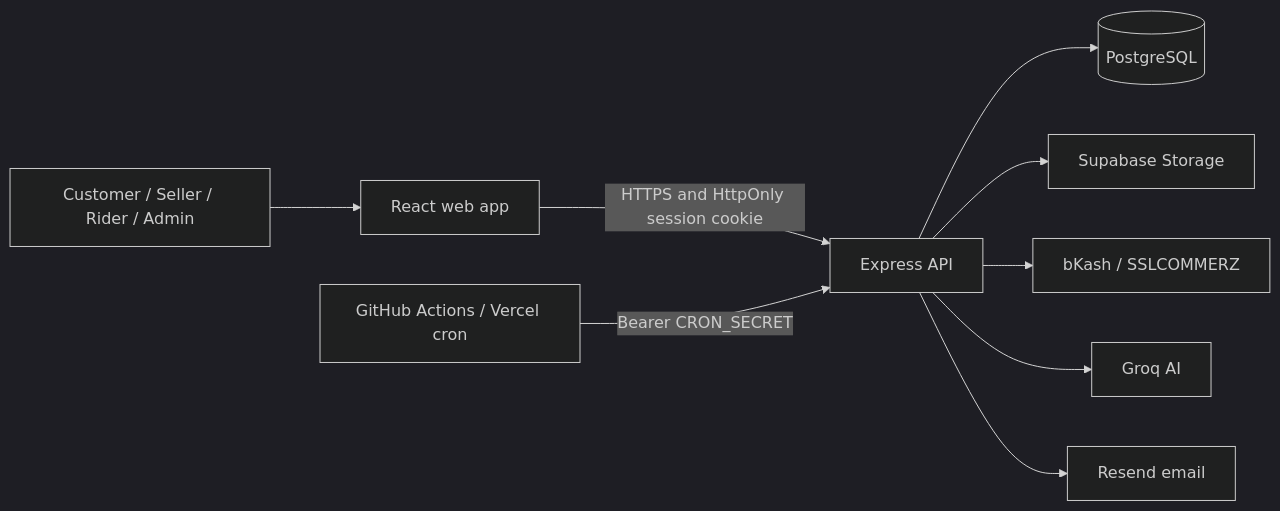
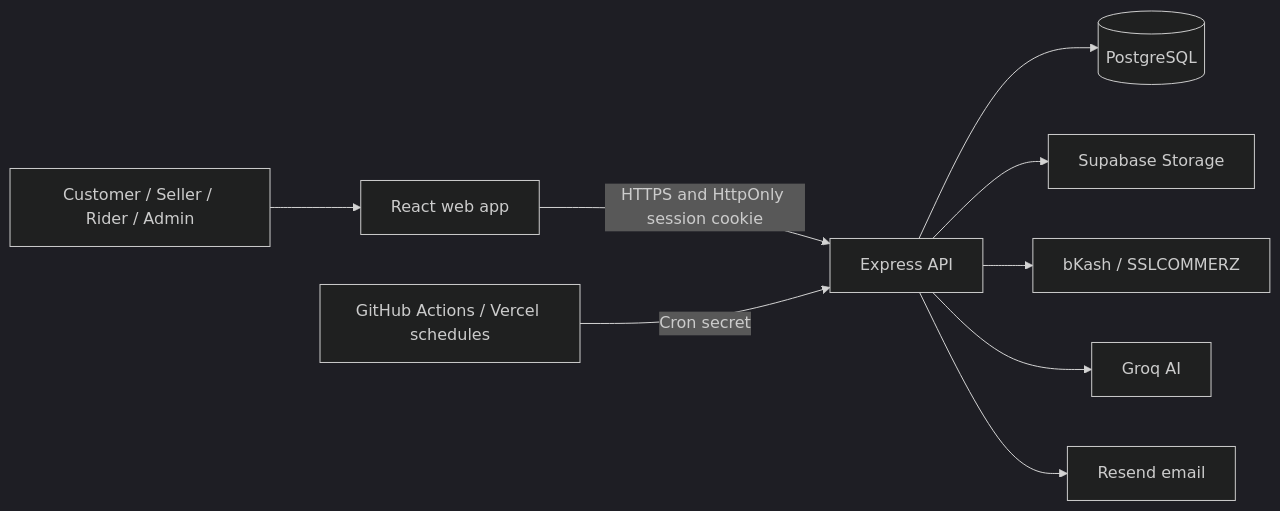
Before and after one commit to Kairo-2081/ShopNiro: the diagram in README.md, drawn with Mermaid (dark theme). The commit also changed other lines of this file, not shown here.

````diff
--- a/README.md
+++ b/README.md
@@ -80,11 +90,11 @@
 ```mermaid
 flowchart LR
     U[Customer / Seller / Rider / Admin] --> W[React web app]
     W -->|HTTPS and HttpOnly session cookie| A[Express API]
     A --> D[(PostgreSQL)]
     A --> S[Supabase Storage]
     A --> P[bKash / SSLCOMMERZ]
     A --> G[Groq AI]
     A --> E[Resend email]
-    J[GitHub Actions / Vercel cron] -->|Bearer CRON_SECRET| A
+    J[GitHub Actions / Vercel schedules] -->|Cron secret| A
 ```
````
